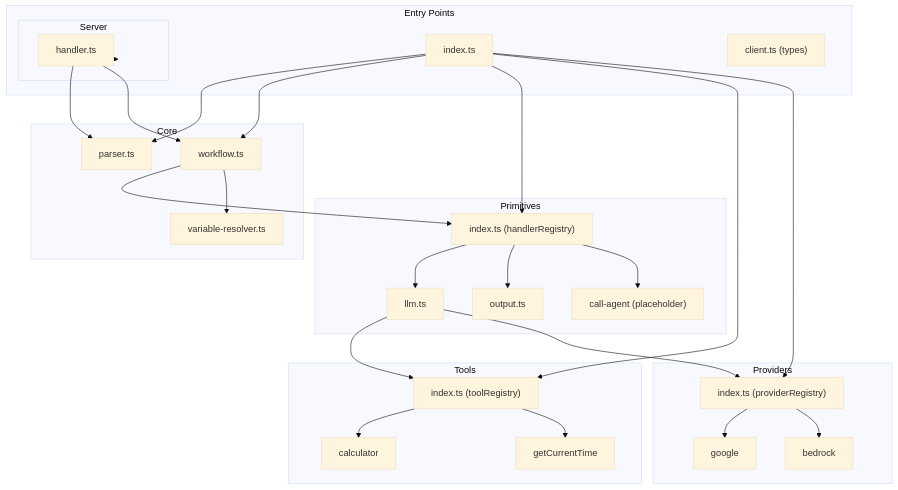
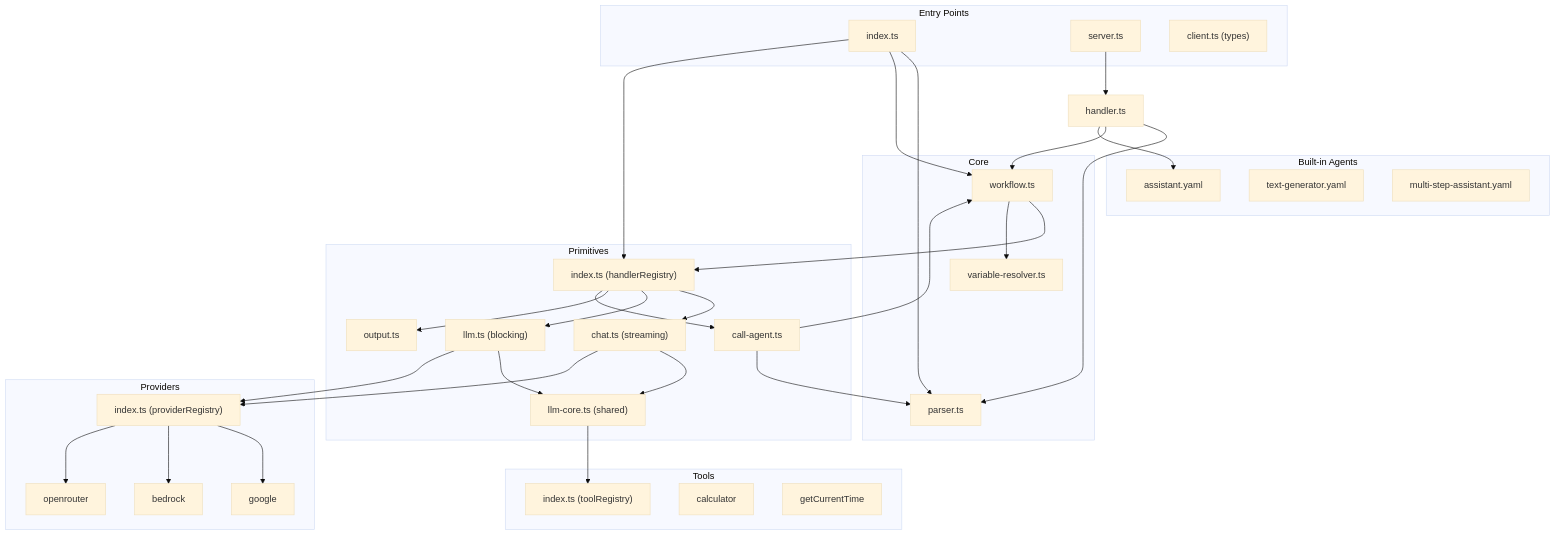
One commit to botanarede/beddel changed the diagram in docs/architecture/components.md. Above: the diagram before and after it, drawn with Mermaid (base theme). The commit also changed other lines of this file and 18 other files, not shown here.

First line of the commit message:
feat(primitives): add chat primitive and refactor llm architecture

````diff
--- a/docs/architecture/components.md
+++ b/docs/architecture/components.md
@@ -245,57 +208,66 @@
 ```mermaid
 graph TB
     subgraph "Entry Points"
         Index["index.ts"]
         Server["server.ts"]
         Client["client.ts (types)"]
     end
     
     subgraph "Core"
         Parser["parser.ts"]
         Executor["workflow.ts"]
         VarResolver["variable-resolver.ts"]
     end
     
     subgraph "Primitives"
         Registry["index.ts (handlerRegistry)"]
-        LLMPrim["llm.ts"]
+        LLMCore["llm-core.ts (shared)"]
+        ChatPrim["chat.ts (streaming)"]
+        LLMPrim["llm.ts (blocking)"]
         OutputPrim["output.ts"]
-        CallAgent["call-agent (placeholder)"]
+        CallAgent["call-agent.ts"]
     end
     
     subgraph "Providers"
         ProvReg["index.ts (providerRegistry)"]
         Google["google"]
         Bedrock["bedrock"]
+        OpenRouter["openrouter"]
     end
     
     subgraph "Tools"
         ToolReg["index.ts (toolRegistry)"]
         Calc["calculator"]
         Time["getCurrentTime"]
     end
     
-    subgraph "Server"
-        Handler["handler.ts"]
+    subgraph "Built-in Agents"
+        Assistant["assistant.yaml"]
+        TextGen["text-generator.yaml"]
+        MultiStep["multi-step-assistant.yaml"]
     end
     
     Index --> Parser
     Index --> Executor
     Index --> Registry
-    Index --> ToolReg
-    Index --> ProvReg
-    Server --> Handler
+    Server --> Handler["handler.ts"]
     Handler --> Parser
     Handler --> Executor
+    Handler --> Assistant
     Executor --> Registry
     Executor --> VarResolver
+    Registry --> ChatPrim
     Registry --> LLMPrim
     Registry --> OutputPrim
     Registry --> CallAgent
-    LLMPrim --> ToolReg
+    ChatPrim --> LLMCore
+    LLMPrim --> LLMCore
+    LLMCore --> ToolReg
+    ChatPrim --> ProvReg
     LLMPrim --> ProvReg
+    CallAgent --> Parser
+    CallAgent --> Executor
     ProvReg --> Google
     ProvReg --> Bedrock
-    ToolReg --> Calc
-    ToolReg --> Time
+    ProvReg --> OpenRouter
 ```
````
